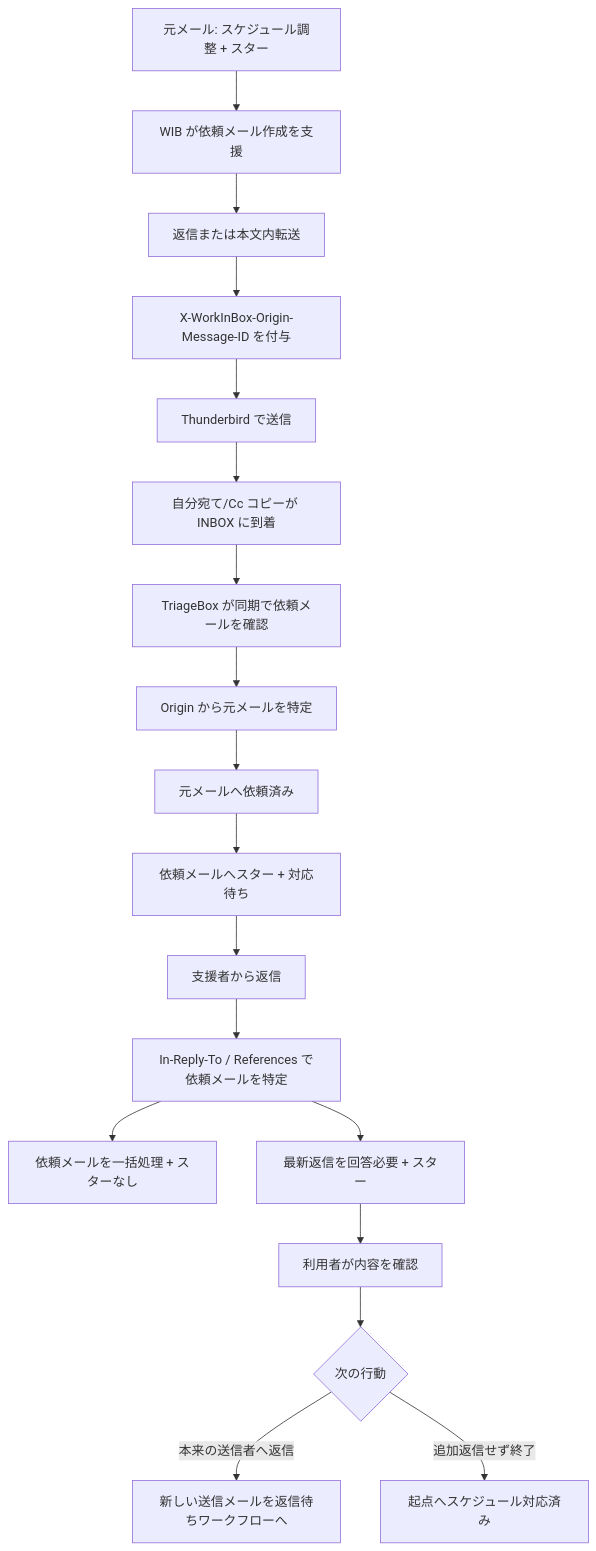
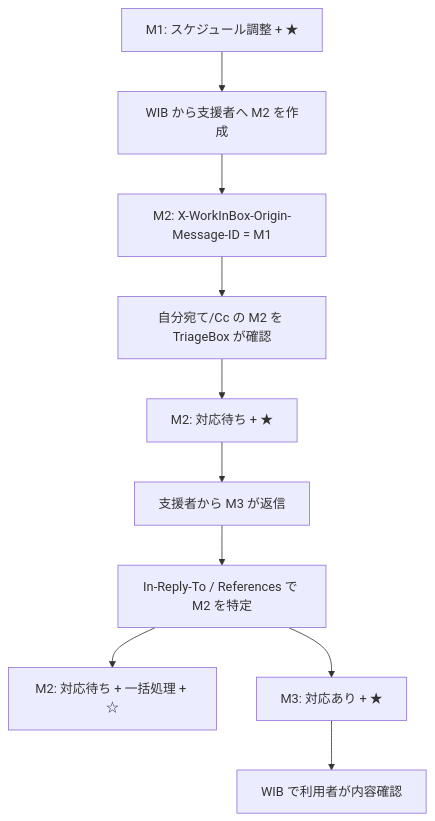
The second of 2 diagrams in docs/triagebox_decision_flow.md (a3suger/WorkInBox), drawn with Mermaid before and after one commit. The commit also changed other lines of this file, not shown here.

Commit message:
Align TriageBox support reply detail design

````diff
--- a/docs/triagebox_decision_flow.md
+++ b/docs/triagebox_decision_flow.md
@@ -249,20 +195,12 @@
 ```mermaid
 flowchart TD
-    A[元メール: スケジュール調整 + スター] --> B[WIB が依頼メール作成を支援]
-    B --> C[返信または本文内転送]
-    C --> D[X-WorkInBox-Origin-Message-ID を付与]
-    D --> E[Thunderbird で送信]
-    E --> F[自分宛て/Cc コピーが INBOX に到着]
-    F --> G[TriageBox が同期で依頼メールを確認]
-    G --> H[Origin から元メールを特定]
-    H --> I[元メールへ依頼済み]
-    I --> J[依頼メールへスター + 対応待ち]
-    J --> K[支援者から返信]
-    K --> L[In-Reply-To / References で依頼メールを特定]
-    L --> M[依頼メールを一括処理 + スターなし]
-    L --> N[最新返信を回答必要 + スター]
-    N --> O[利用者が内容を確認]
-    O --> P{次の行動}
-    P -->|本来の送信者へ返信| Q[新しい送信メールを返信待ちワークフローへ]
-    P -->|追加返信せず終了| R[起点へスケジュール対応済み]
+    A[M1: スケジュール調整 + ★] --> B[WIB から支援者へ M2 を作成]
+    B --> C[M2: X-WorkInBox-Origin-Message-ID = M1]
+    C --> D[自分宛て/Cc の M2 を TriageBox が確認]
+    D --> E[M2: 対応待ち + ★]
+    E --> F[支援者から M3 が返信]
+    F --> G[In-Reply-To / References で M2 を特定]
+    G --> H[M2: 対応待ち + 一括処理 + ☆]
+    G --> I[M3: 対応あり + ★]
+    I --> J[WIB で利用者が内容確認]
 ```
````
